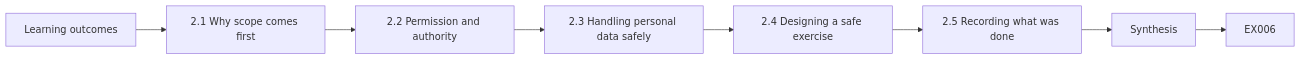
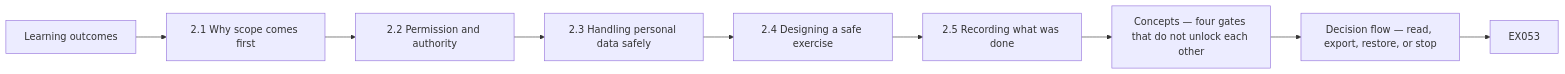
Before and after one commit to hiagokinlevi/CyKin: the fifth of 12 diagrams in levels/rapid-1-month/security-governance-risk-compliance/en/book/MANUSCRIPT.md, drawn with Mermaid. The commit also changed other lines of this file and 1 other file, not shown here.

````diff
--- a/levels/rapid-1-month/security-governance-risk-compliance/en/book/MANUSCRIPT.md
+++ b/levels/rapid-1-month/security-governance-risk-compliance/en/book/MANUSCRIPT.md
@@ -230,11 +282,12 @@
 ```mermaid
 flowchart LR
   N0["Learning outcomes"]
   N1["2.1 Why scope comes first"]
   N2["2.2 Permission and authority"]
   N3["2.3 Handling personal data safely"]
   N4["2.4 Designing a safe exercise"]
   N5["2.5 Recording what was done"]
-  N6["Synthesis"]
-  N0 --> N1 --> N2 --> N3 --> N4 --> N5 --> N6 --> Q["EX006"]
+  N6["Concepts — four gates that do not unlock each other"]
+  N7["Decision flow — read, export, restore, or stop"]
+  N0 --> N1 --> N2 --> N3 --> N4 --> N5 --> N6 --> N7 --> Q["EX053"]
 ```
````
